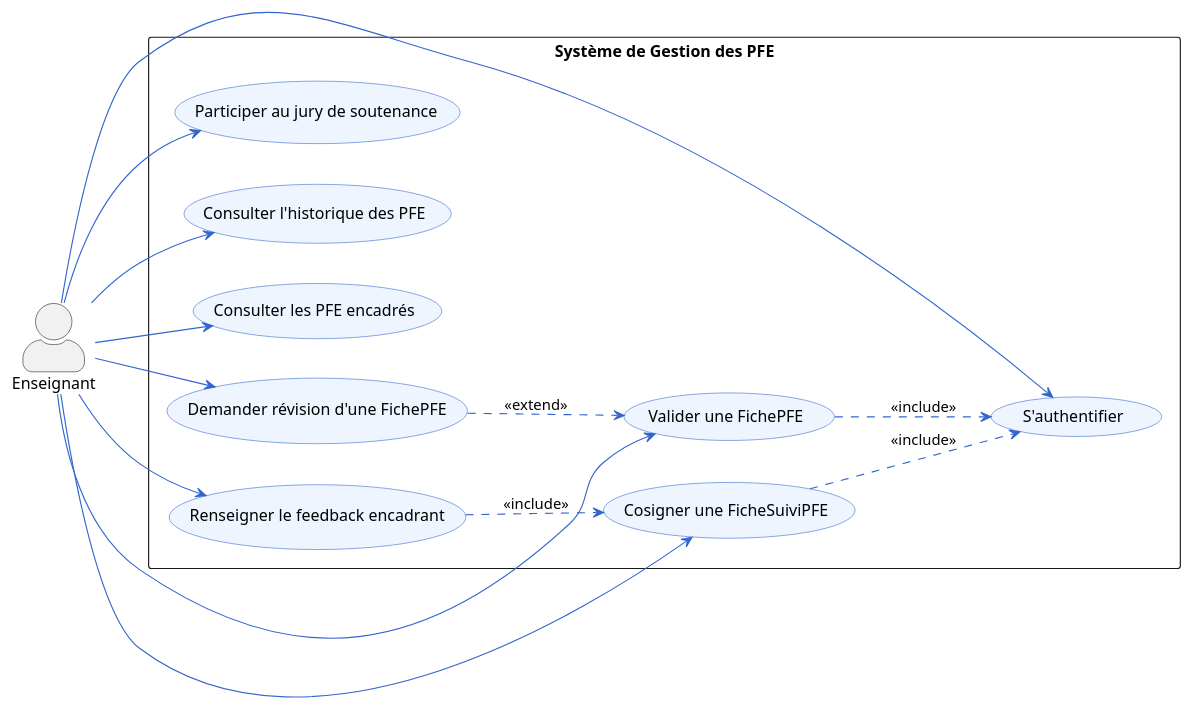
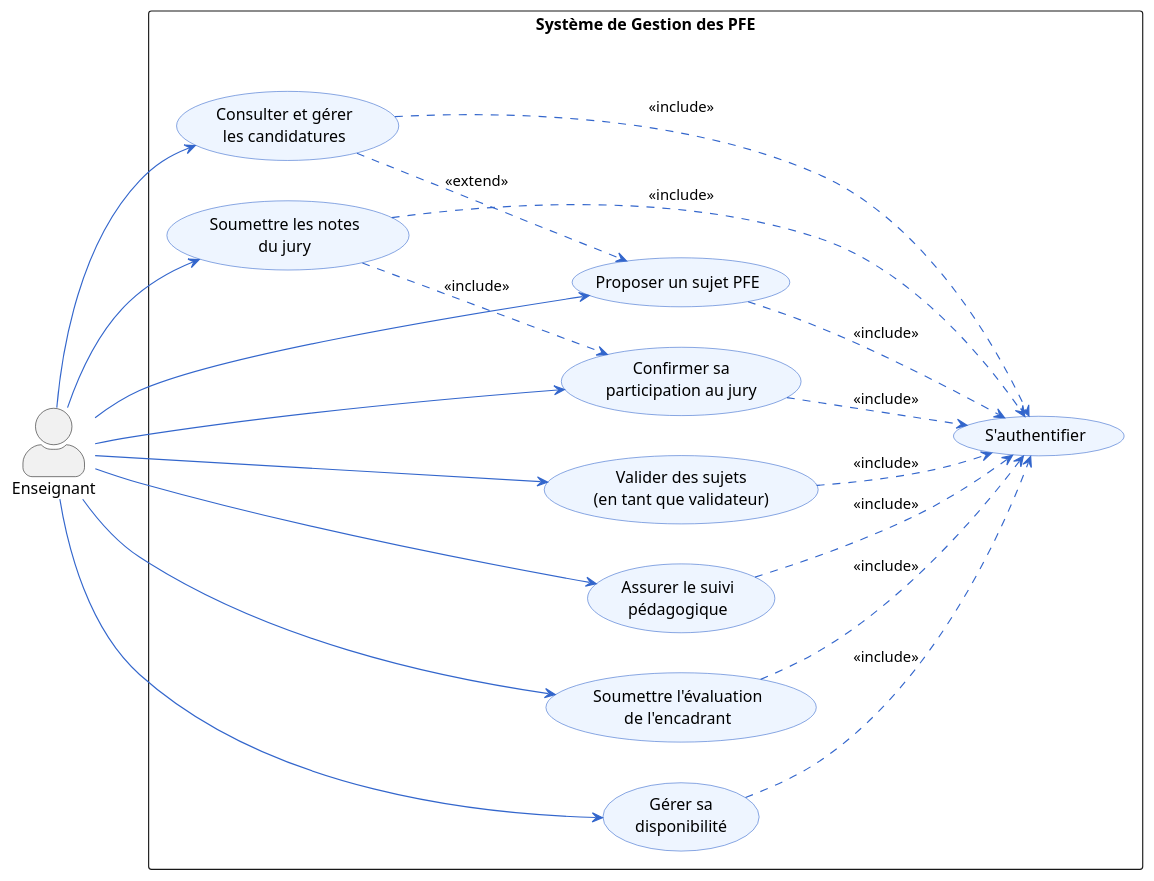
The diagram in diagrams/uc-enseignant.puml (rhpo/pfe-enhanced), drawn with PlantUML before and after one commit. The commit also changed 50 other files, not shown here.

Commit message:
Chapter 3 conception, UML diagrams, bibliography fixes and figure sizing

```diff
--- a/diagrams/uc-enseignant.puml
+++ b/diagrams/uc-enseignant.puml
@@ -1,37 +1,45 @@
 @startuml
 left to right direction
 skinparam actorStyle awesome
 skinparam packageStyle rectangle
 skinparam usecase {
   BackgroundColor #EEF5FF
   BorderColor #3366CC
   ArrowColor #3366CC
 }
 
 actor "Enseignant" as T
 
 rectangle "Système de Gestion des PFE" {
-  usecase "S'authentifier" as UC1
-  usecase "Consulter les PFE encadrés" as UC2
-  usecase "Valider une FichePFE" as UC3
-  usecase "Demander révision d'une FichePFE" as UC4
-  usecase "Cosigner une FicheSuiviPFE" as UC5
-  usecase "Renseigner le feedback encadrant" as UC6
-  usecase "Participer au jury de soutenance" as UC7
-  usecase "Consulter l'historique des PFE" as UC8
+  usecase "S'authentifier" as AUTH
+  usecase "Proposer un sujet PFE" as UC1
+  usecase "Valider des sujets\n(en tant que validateur)" as UC2
+  usecase "Consulter et gérer\nles candidatures" as UC3
+  usecase "Assurer le suivi\npédagogique" as UC4
+  usecase "Soumettre l'évaluation\nde l'encadrant" as UC5
+  usecase "Confirmer sa\nparticipation au jury" as UC6
+  usecase "Soumettre les notes\ndu jury" as UC7
+  usecase "Gérer sa\ndisponibilité" as UC8
 }
 
 T --> UC1
 T --> UC2
 T --> UC3
 T --> UC4
 T --> UC5
 T --> UC6
 T --> UC7
 T --> UC8
 
-UC3 ..> UC1 : <<include>>
-UC5 ..> UC1 : <<include>>
-UC6 ..> UC5 : <<include>>
-UC4 ..> UC3 : <<extend>>
+UC1 ..> AUTH : <<include>>
+UC2 ..> AUTH : <<include>>
+UC3 ..> AUTH : <<include>>
+UC4 ..> AUTH : <<include>>
+UC5 ..> AUTH : <<include>>
+UC6 ..> AUTH : <<include>>
+UC7 ..> AUTH : <<include>>
+UC8 ..> AUTH : <<include>>
+
+UC3 ..> UC1 : <<extend>>
+UC7 ..> UC6 : <<include>>
 @enduml
```
